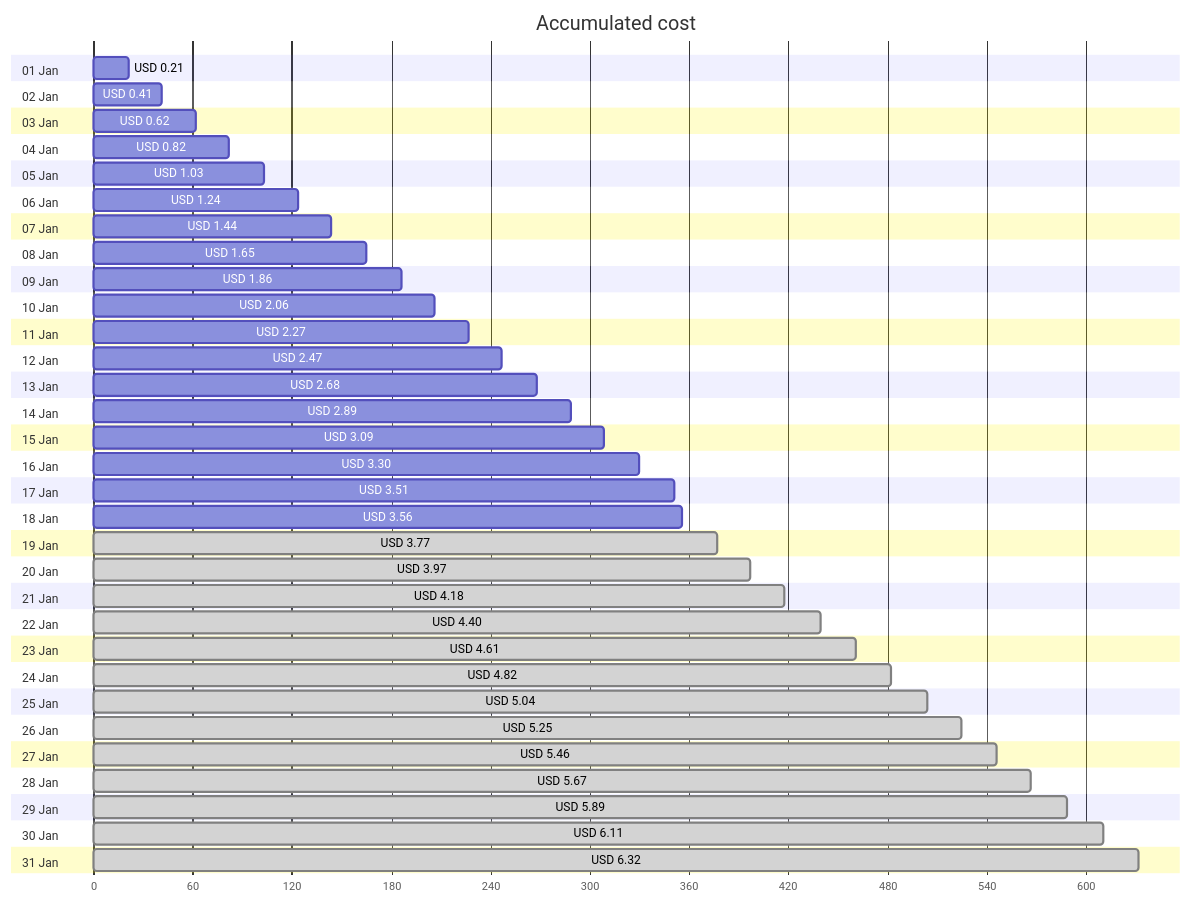
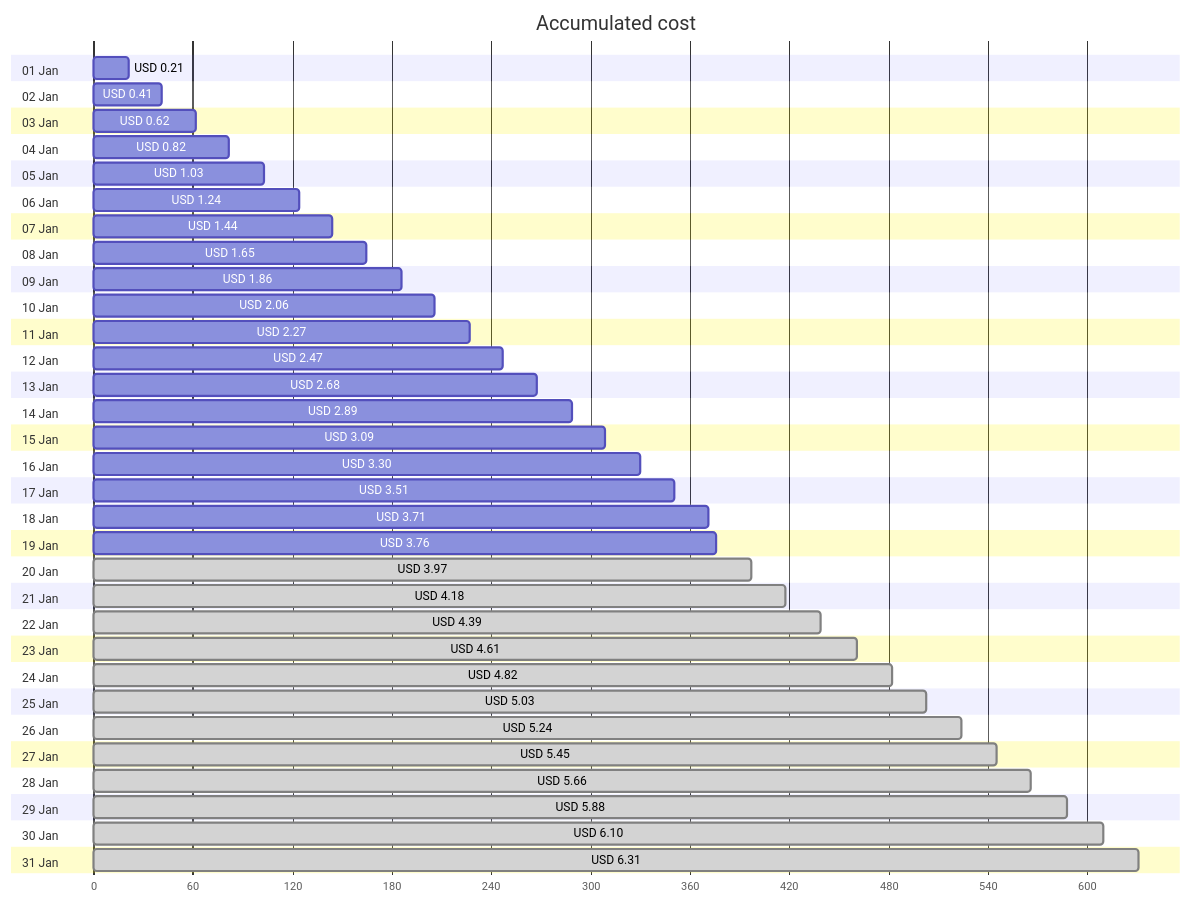
Before and after one commit to jpfulton/azure-personal-reports: the first of 4 diagrams in cost-reports/personal-network/backup-server.md, drawn with Mermaid. The commit also changed other lines of this file and 8 other files, not shown here.

````diff
--- a/cost-reports/personal-network/backup-server.md
+++ b/cost-reports/personal-network/backup-server.md
@@ -20,68 +20,68 @@
 ```mermaid
 gantt
    title Accumulated cost
    dateFormat  X
    axisFormat %s
    section 01 Jan
    USD 0.21 :0, 21
    section 02 Jan
    USD 0.41 :0, 41
    section 03 Jan
    USD 0.62 :0, 62
    section 04 Jan
    USD 0.82 :0, 82
    section 05 Jan
    USD 1.03 :0, 103
    section 06 Jan
    USD 1.24 :0, 124
    section 07 Jan
    USD 1.44 :0, 144
    section 08 Jan
    USD 1.65 :0, 165
    section 09 Jan
    USD 1.86 :0, 186
    section 10 Jan
    USD 2.06 :0, 206
    section 11 Jan
    USD 2.27 :0, 227
    section 12 Jan
    USD 2.47 :0, 247
    section 13 Jan
    USD 2.68 :0, 268
    section 14 Jan
    USD 2.89 :0, 289
    section 15 Jan
    USD 3.09 :0, 309
    section 16 Jan
    USD 3.30 :0, 330
    section 17 Jan
    USD 3.51 :0, 351
    section 18 Jan
-   USD 3.56 :0, 356
+   USD 3.71 :0, 371
    section 19 Jan
-   USD 3.77 : done, 0, 377
+   USD 3.76 :0, 376
    section 20 Jan
    USD 3.97 : done, 0, 397
    section 21 Jan
    USD 4.18 : done, 0, 418
    section 22 Jan
-   USD 4.40 : done, 0, 440
+   USD 4.39 : done, 0, 439
    section 23 Jan
    USD 4.61 : done, 0, 461
    section 24 Jan
    USD 4.82 : done, 0, 482
    section 25 Jan
-   USD 5.04 : done, 0, 504
+   USD 5.03 : done, 0, 503
    section 26 Jan
-   USD 5.25 : done, 0, 525
+   USD 5.24 : done, 0, 524
    section 27 Jan
-   USD 5.46 : done, 0, 546
+   USD 5.45 : done, 0, 545
    section 28 Jan
-   USD 5.67 : done, 0, 567
+   USD 5.66 : done, 0, 566
    section 29 Jan
-   USD 5.89 : done, 0, 589
+   USD 5.88 : done, 0, 588
    section 30 Jan
-   USD 6.11 : done, 0, 611
+   USD 6.10 : done, 0, 610
    section 31 Jan
-   USD 6.32 : done, 0, 632
+   USD 6.31 : done, 0, 631
 ```
````
